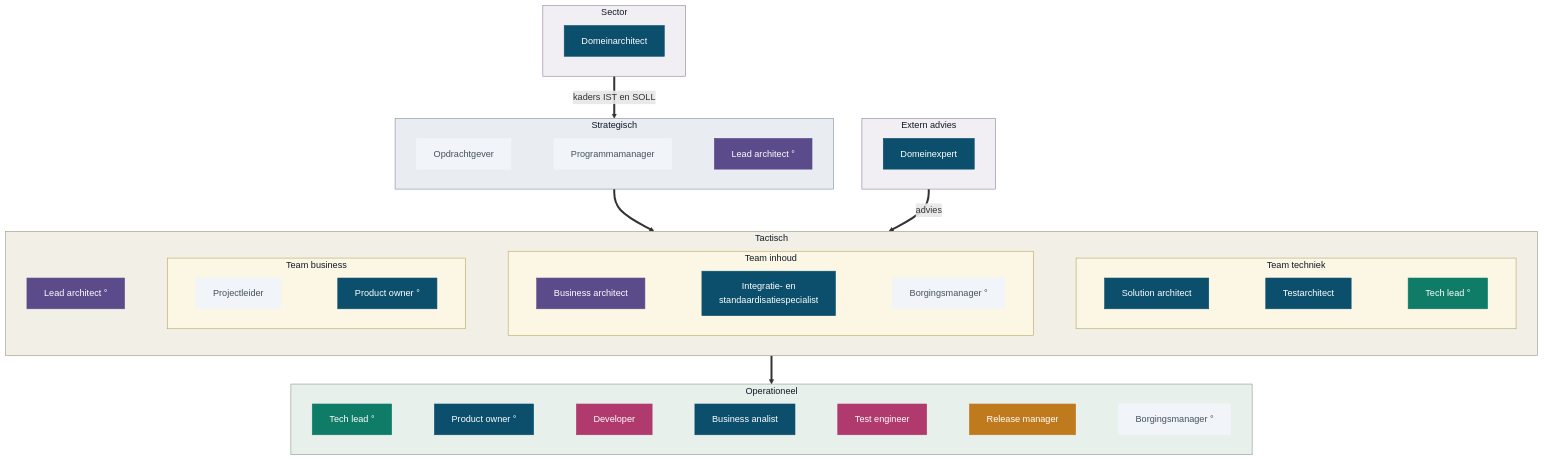
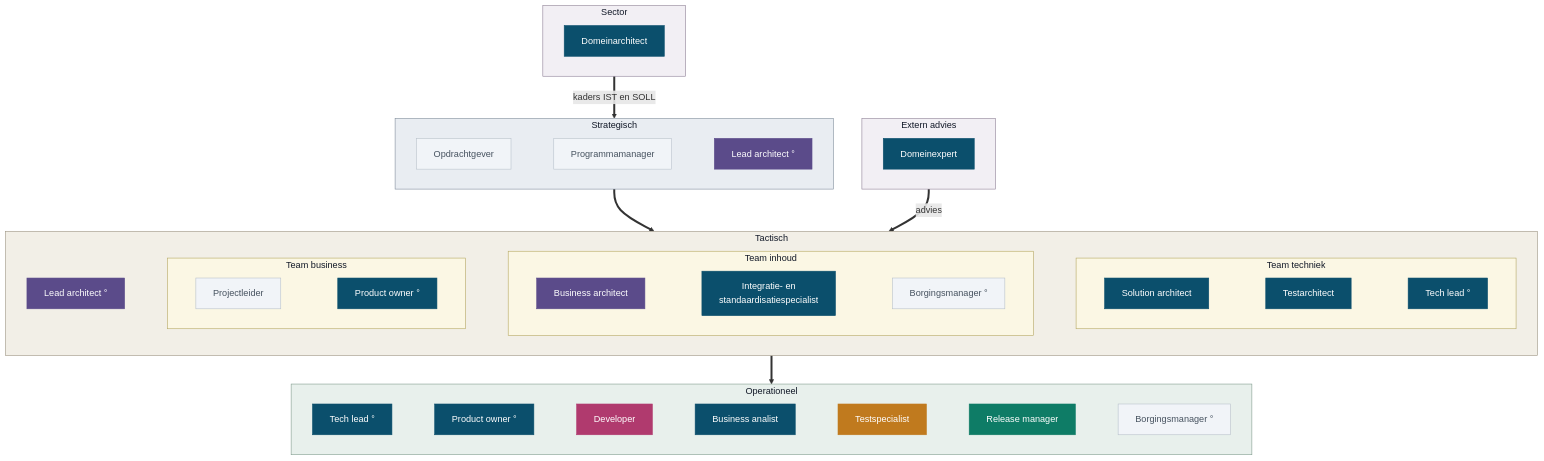
The fifth of 6 diagrams in presentaties/src/260903_rollen.md (Npuls-OKx/meta), drawn with Mermaid before and after one commit. The commit also changed other lines of this file, not shown here.

First line of the commit message:
Testspecialist door het hele deck, en de verdeling nu en straks bijgesteld

````diff
--- a/presentaties/src/260903_rollen.md
+++ b/presentaties/src/260903_rollen.md
@@ -624,69 +624,69 @@
 ```mermaid
 flowchart TB
   subgraph EX["Extern advies"]
     direction LR
     DE["Domeinexpert"]
   end
   subgraph SEC["Sector"]
     direction LR
     DA["Domeinarchitect"]
   end
   subgraph S["Strategisch"]
     direction LR
     OG["Opdrachtgever"] ~~~ PM["Programmamanager"] ~~~ LA1["Lead architect °"]
   end
   subgraph T["Tactisch"]
     direction LR
     LA2["Lead architect °"]
     subgraph TB2["Team business"]
       direction LR
       PL["Projectleider"] ~~~ PO1["Product owner °"]
     end
     subgraph TI["Team inhoud"]
       direction LR
       BAR["Business architect"] ~~~ IS["Integratie- en<br/>standaardisatiespecialist"] ~~~ BM1["Borgingsmanager °"]
     end
     subgraph TT["Team techniek"]
       direction LR
       SA["Solution architect"] ~~~ TA["Testarchitect"] ~~~ TL1["Tech lead °"]
     end
     LA2 ~~~ TB2 ~~~ TI ~~~ TT
   end
   subgraph O["Operationeel"]
     direction LR
-    TL2["Tech lead °"] ~~~ PO2["Product owner °"] ~~~ DEV["Developer"] ~~~ BA["Business analist"] ~~~ TE["Test engineer"] ~~~ RM["Release manager"] ~~~ BM2["Borgingsmanager °"]
+    TL2["Tech lead °"] ~~~ PO2["Product owner °"] ~~~ DEV["Developer"] ~~~ BA["Business analist"] ~~~ TE["Testspecialist"] ~~~ RM["Release manager"] ~~~ BM2["Borgingsmanager °"]
   end
   S ==> T
   T ==> O
   EX ==>|advies| T
   SEC ==>|kaders IST en SOLL| S
   style TB2 fill:#fbf7e4,stroke:#b3a55f,color:#111827
   style TI fill:#fbf7e4,stroke:#b3a55f,color:#111827
   style TT fill:#fbf7e4,stroke:#b3a55f,color:#111827
   style EX fill:#f2eff4,stroke:#8c7e94,color:#111827
   style SEC fill:#f2eff4,stroke:#8c7e94,color:#111827
   style S fill:#e9edf2,stroke:#7d8a99,color:#111827
   style T fill:#f2efe7,stroke:#9a9280,color:#111827
   style O fill:#e8f0ec,stroke:#7f9a8c,color:#111827
   style PO1 fill:#0B4F6C,stroke:#0B4F6C,color:#ffffff
   style PO2 fill:#0B4F6C,stroke:#0B4F6C,color:#ffffff
   style SA fill:#0B4F6C,stroke:#0B4F6C,color:#ffffff
   style DA fill:#0B4F6C,stroke:#0B4F6C,color:#ffffff
   style BA fill:#0B4F6C,stroke:#0B4F6C,color:#ffffff
   style IS fill:#0B4F6C,stroke:#0B4F6C,color:#ffffff
   style TA fill:#0B4F6C,stroke:#0B4F6C,color:#ffffff
   style DE fill:#0B4F6C,stroke:#0B4F6C,color:#ffffff
+  style TL1 fill:#0B4F6C,stroke:#0B4F6C,color:#ffffff
+  style TL2 fill:#0B4F6C,stroke:#0B4F6C,color:#ffffff
   style LA1 fill:#5B4B8A,stroke:#5B4B8A,color:#ffffff
   style LA2 fill:#5B4B8A,stroke:#5B4B8A,color:#ffffff
   style BAR fill:#5B4B8A,stroke:#5B4B8A,color:#ffffff
-  style TL1 fill:#0E7C66,stroke:#0E7C66,color:#ffffff
-  style TL2 fill:#0E7C66,stroke:#0E7C66,color:#ffffff
-  style RM fill:#C07A1E,stroke:#C07A1E,color:#ffffff
+  style RM fill:#0E7C66,stroke:#0E7C66,color:#ffffff
   style DEV fill:#B03A6E,stroke:#B03A6E,color:#ffffff
-  style TE fill:#B03A6E,stroke:#B03A6E,color:#ffffff
-  style OG fill:#f1f4f8,stroke:#f1f4f8,color:#46525f
-  style PM fill:#f1f4f8,stroke:#f1f4f8,color:#46525f
-  style PL fill:#f1f4f8,stroke:#f1f4f8,color:#46525f
-  style BM1 fill:#f1f4f8,stroke:#f1f4f8,color:#46525f
-  style BM2 fill:#f1f4f8,stroke:#f1f4f8,color:#46525f
+  style TE fill:#C07A1E,stroke:#C07A1E,color:#ffffff
+  style OG fill:#f1f4f8,stroke:#b7c0ca,color:#46525f
+  style PM fill:#f1f4f8,stroke:#b7c0ca,color:#46525f
+  style PL fill:#f1f4f8,stroke:#b7c0ca,color:#46525f
+  style BM1 fill:#f1f4f8,stroke:#b7c0ca,color:#46525f
+  style BM2 fill:#f1f4f8,stroke:#b7c0ca,color:#46525f
 ```
````
